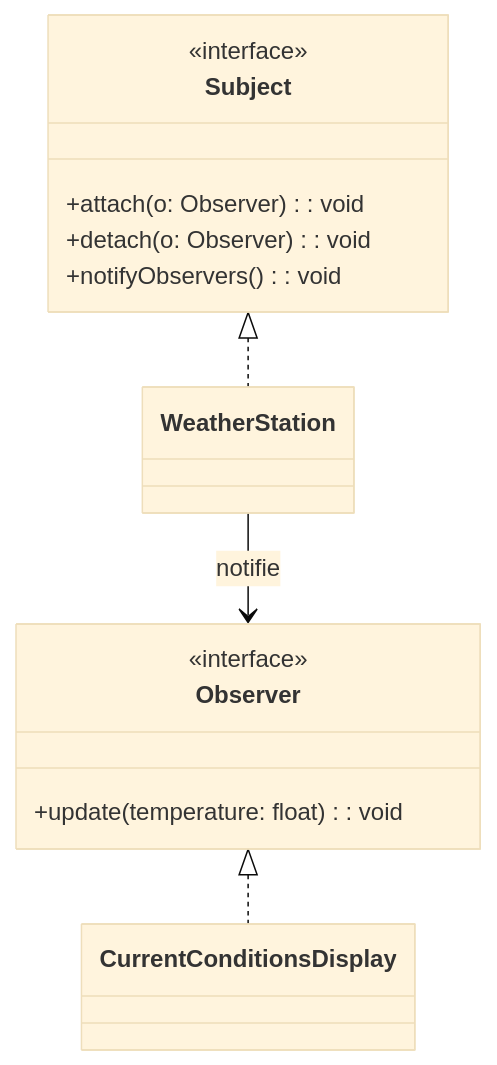
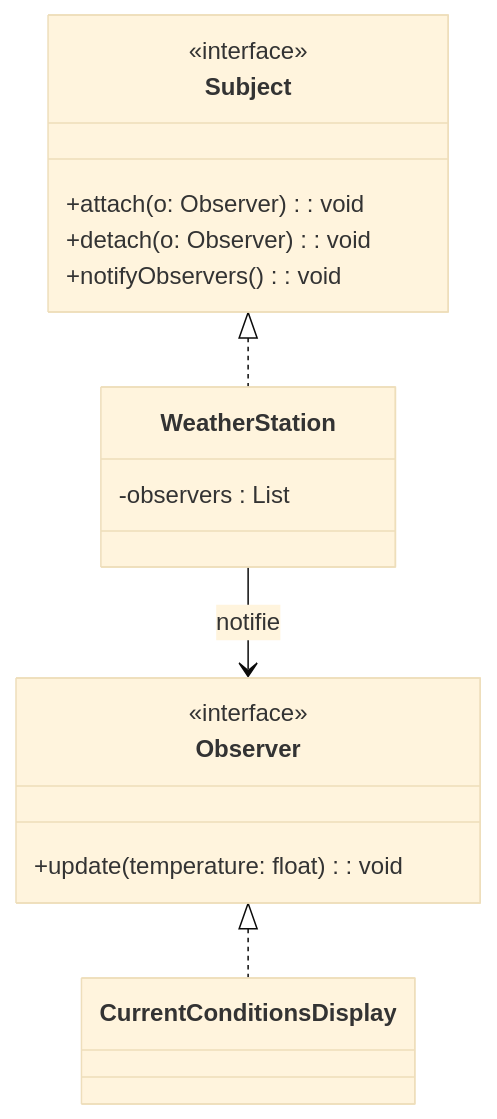
One commit to ophenix-maisonneuve/420-930-ma-site-web changed the diagram in _notes/patterns/comportement/pattern-observer.md. Above: the diagram before and after it, drawn with Mermaid (base theme).

Commit message:
correction mineure diagramme classes observer

````diff
--- a/_notes/patterns/comportement/pattern-observer.md
+++ b/_notes/patterns/comportement/pattern-observer.md
@@ -30,16 +30,19 @@
 ```mermaid
 classDiagram
 class Subject {
   <<interface>>
   +attach(o: Observer): void
   +detach(o: Observer): void
   +notifyObservers(): void
 }
 class Observer {
   <<interface>>
   +update(temperature: float): void
 }
+class WeatherStation {
+    -observers : List<Observer>
+}
 Subject <|.. WeatherStation
 Observer <|.. CurrentConditionsDisplay
 WeatherStation --> Observer : notifie
 ```
````
